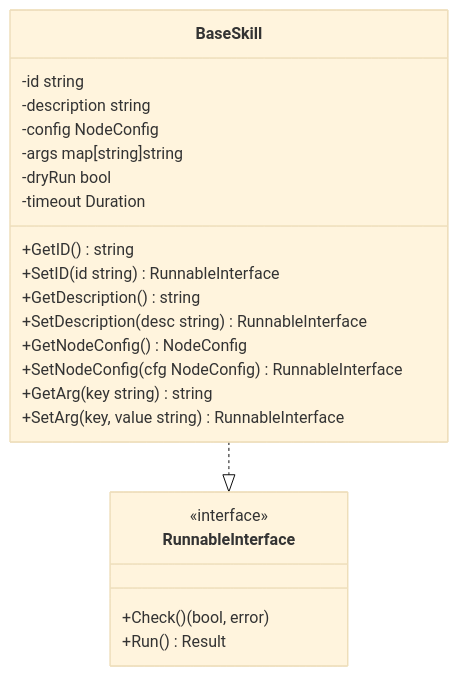
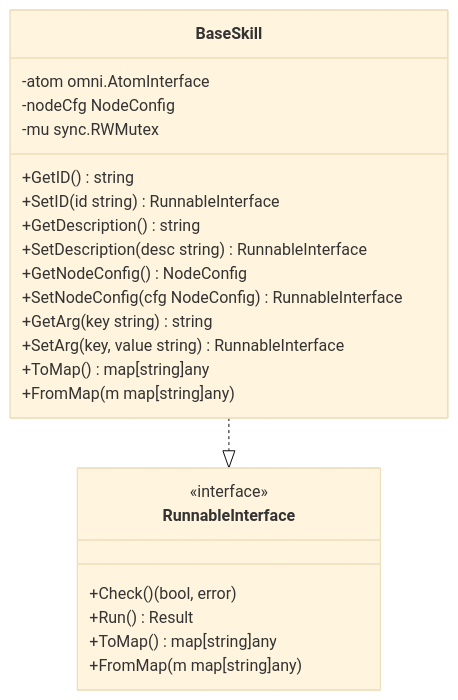
The fourth of 13 diagrams in docs/livewiki/architecture.md (dracory/ork), drawn with Mermaid (base theme) before and after one commit. The commit also changed other lines of this file and 17 other files, not shown here.

````diff
--- a/docs/livewiki/architecture.md
+++ b/docs/livewiki/architecture.md
@@ -215,27 +226,28 @@
 ```mermaid
 classDiagram
     class BaseSkill {
-        -id string
-        -description string
-        -config NodeConfig
-        -args map[string]string
-        -dryRun bool
-        -timeout Duration
+        -atom omni.AtomInterface
+        -nodeCfg NodeConfig
+        -mu sync.RWMutex
         +GetID() string
         +SetID(id string) RunnableInterface
         +GetDescription() string
         +SetDescription(desc string) RunnableInterface
         +GetNodeConfig() NodeConfig
         +SetNodeConfig(cfg NodeConfig) RunnableInterface
         +GetArg(key string) string
         +SetArg(key, value string) RunnableInterface
+        +ToMap() map[string]any
+        +FromMap(m map[string]any)
     }
-    
+
     class RunnableInterface {
         <<interface>>
         +Check() (bool, error)
         +Run() Result
+        +ToMap() map[string]any
+        +FromMap(m map[string]any)
     }
-    
+
     BaseSkill ..|> RunnableInterface
 ```
````
